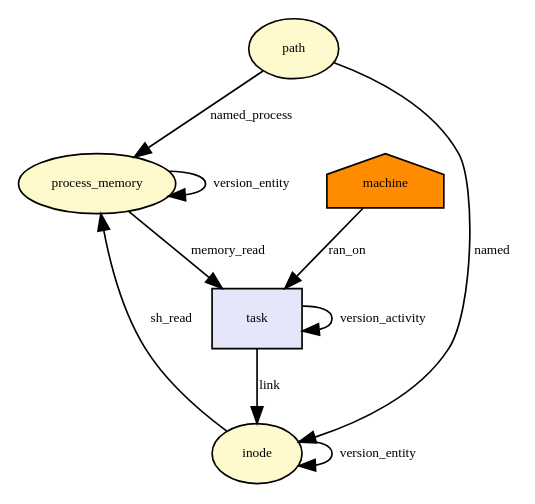
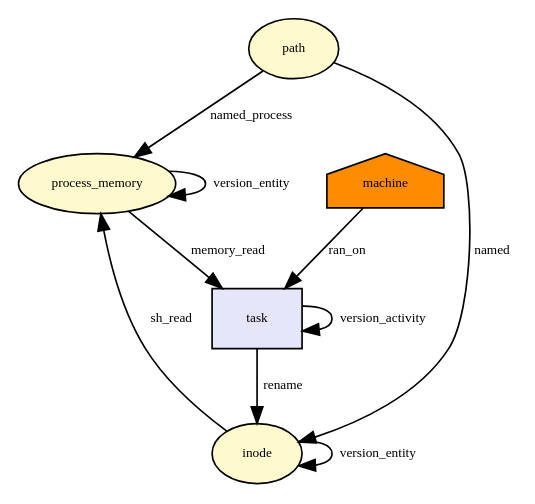
One commit to CamFlow/camflow-dev changed the diagram in docs/dot/inode_rename.dot. Above: the diagram before and after it, drawn with Graphviz. The commit also changed 13 other files, not shown here.

```diff
--- a/docs/dot/inode_rename.dot
+++ b/docs/dot/inode_rename.dot
@@ -1,29 +1,29 @@
 digraph RGL__DirectedAdjacencyGraph {path[fontsize = 8,label = path,shape = ellipse, fillcolor="#fffacd", style = filled]
 
 process_memory[fontsize = 8,label = process_memory,shape = ellipse, fillcolor="#fffacd", style = filled]
 
 path -> process_memory[fontsize = 8,label = named_process]
 
 machine[fontsize = 8,label = machine,shape = house, fillcolor="#ff8c00", style = filled]
 
 task[fontsize = 8,label = task,shape = rectangle, fillcolor="#e6e6fa", style = filled]
 
 machine -> task[fontsize = 8,label = ran_on]
 
 inode[fontsize = 8,label = inode,shape = ellipse, fillcolor="#fffacd", style = filled]
 
 path -> inode[fontsize = 8,label = named]
 
 process_memory -> task[fontsize = 8,label = memory_read]
 
-task -> inode[fontsize = 8,label = link]
+task -> inode[fontsize = 8,label = rename]
 
 task -> task[fontsize = 8,label = version_activity]
 
 inode -> inode[fontsize = 8,label = version_entity]
 
 inode -> process_memory[fontsize = 8,label = sh_read]
 
 process_memory -> process_memory[fontsize = 8,label = version_entity]
 
 }
```
